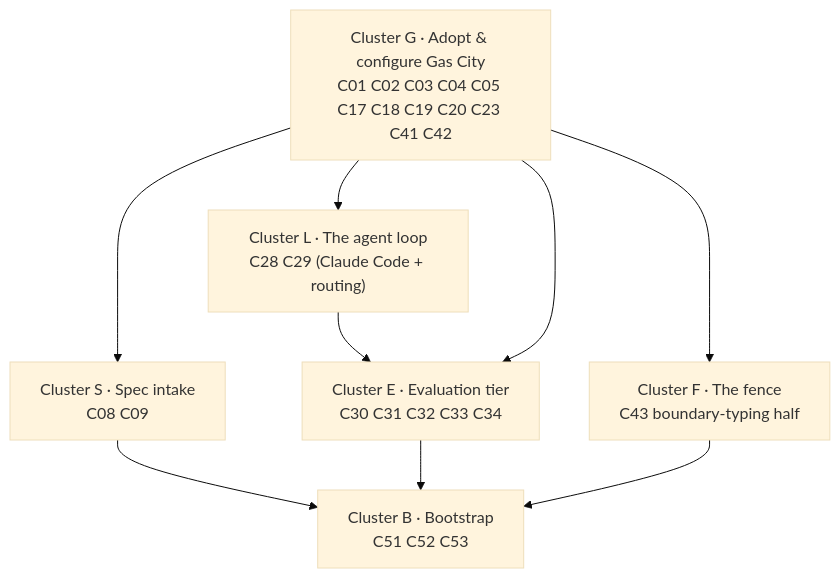
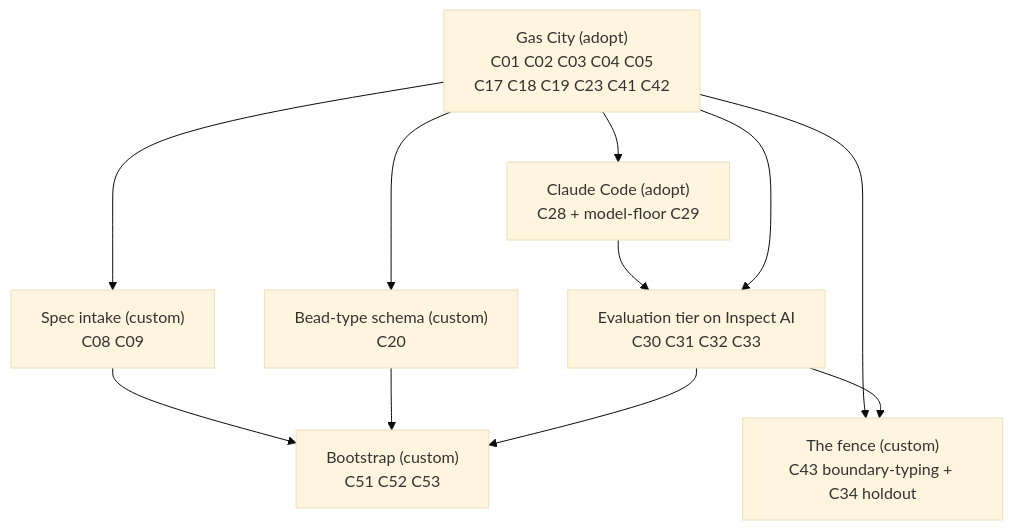
One commit to lago-morph/software-factory changed the first of 3 diagrams in architectures/v4/implementation-dependencies.md. Above: the diagram before and after it, drawn with Mermaid (base theme). The commit also changed other lines of this file and 8 other files, not shown here.

````diff
--- a/architectures/v4/implementation-dependencies.md
+++ b/architectures/v4/implementation-dependencies.md
@@ -23,13 +26,16 @@
 ```mermaid
 flowchart TD
-  G["Cluster G · Adopt & configure Gas City<br/>C01 C02 C03 C04 C05 C17 C18 C19 C20 C23 C41 C42"]
-  L["Cluster L · The agent loop<br/>C28 C29 (Claude Code + routing)"]
-  S["Cluster S · Spec intake<br/>C08 C09"]
-  E["Cluster E · Evaluation tier<br/>C30 C31 C32 C33 C34"]
-  F["Cluster F · The fence<br/>C43 boundary-typing half"]
-  B["Cluster B · Bootstrap<br/>C51 C52 C53"]
-  G --> L --> E
+  G["Gas City (adopt)<br/>C01 C02 C03 C04 C05<br/>C17 C18 C19 C23 C41 C42"]
+  CC["Claude Code (adopt)<br/>C28 + model-floor C29"]
+  S["Spec intake (custom)<br/>C08 C09"]
+  BS["Bead-type schema (custom)<br/>C20"]
+  E["Evaluation tier on Inspect AI<br/>C30 C31 C32 C33"]
+  F["The fence (custom)<br/>C43 boundary-typing + C34 holdout"]
+  B["Bootstrap (custom)<br/>C51 C52 C53"]
+  G --> CC --> E
   G --> S --> B
+  G --> BS --> B
   G --> E --> B
-  G --> F --> B
+  G --> F
+  E --> F
 ```
````
